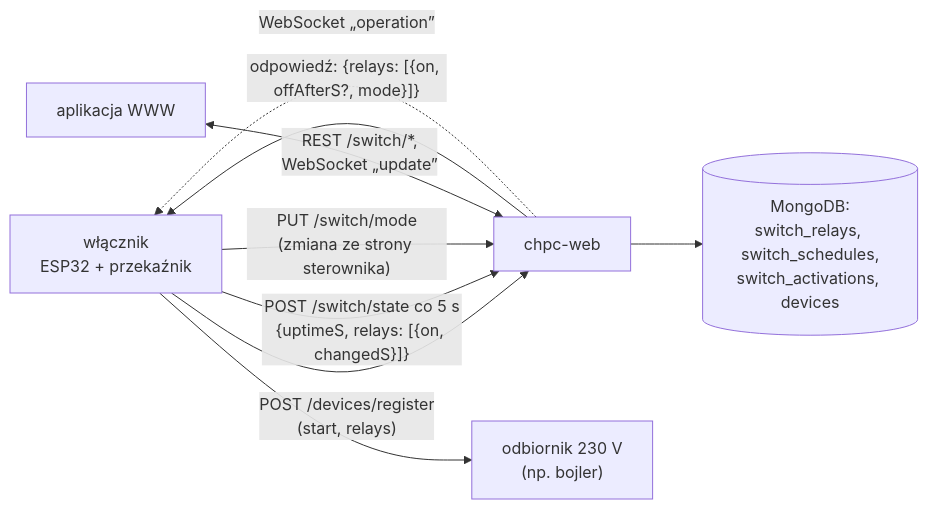
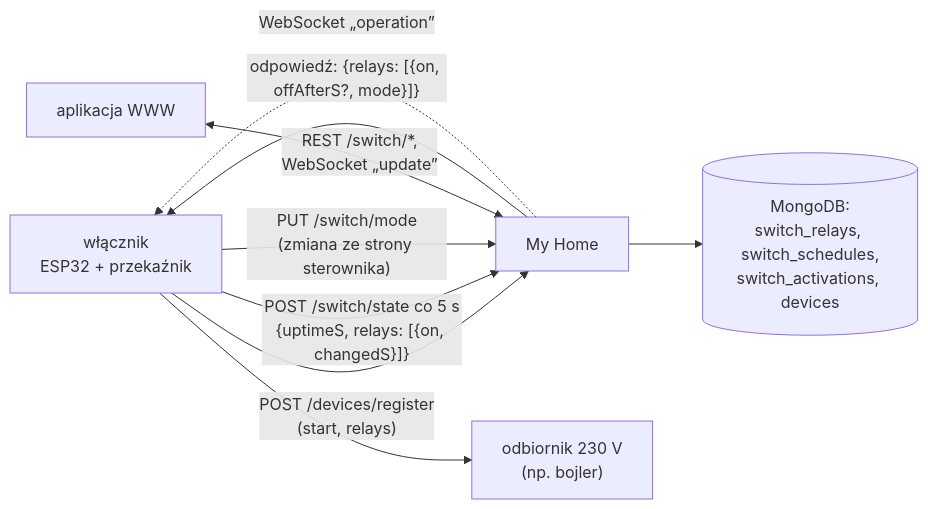
The first of 5 diagrams in docs/moduly/switch/2-zasada-dzialania.md (robertorlowski/chpc-web), drawn with Mermaid before and after one commit. The commit also changed 37 other files, not shown here.

First line of the commit message:
Dokumentacja: nazwa systemu My Home zamiast chpc-web, README po angielsku

````diff
--- a/docs/moduly/switch/2-zasada-dzialania.md
+++ b/docs/moduly/switch/2-zasada-dzialania.md
@@ -7,11 +7,11 @@
 ```mermaid
 flowchart LR
-    ESP["włącznik<br/>ESP32 + przekaźnik"] -- "POST /devices/register<br/>(start, relays)" --> SRV["chpc-web"]
+    ESP["włącznik<br/>ESP32 + przekaźnik"] -- "POST /devices/register<br/>(start, relays)" --> SRV["My Home"]
     ESP -- "POST /switch/state co 5 s<br/>{uptimeS, relays: [{on, changedS}]}" --> SRV
     SRV -- "odpowiedź: {relays: [{on, offAfterS?, mode}]}" --> ESP
     ESP -- "PUT /switch/mode<br/>(zmiana ze strony sterownika)" --> SRV
     SRV -. "WebSocket „operation”" .-> ESP
     SRV --> DB[("MongoDB:<br/>switch_relays, switch_schedules,<br/>switch_activations, devices")]
     WEB["aplikacja WWW"] <-- "REST /switch/*,<br/>WebSocket „update”" --> SRV
     ESP --> LOAD["odbiornik 230 V<br/>(np. bojler)"]
 ```
````
